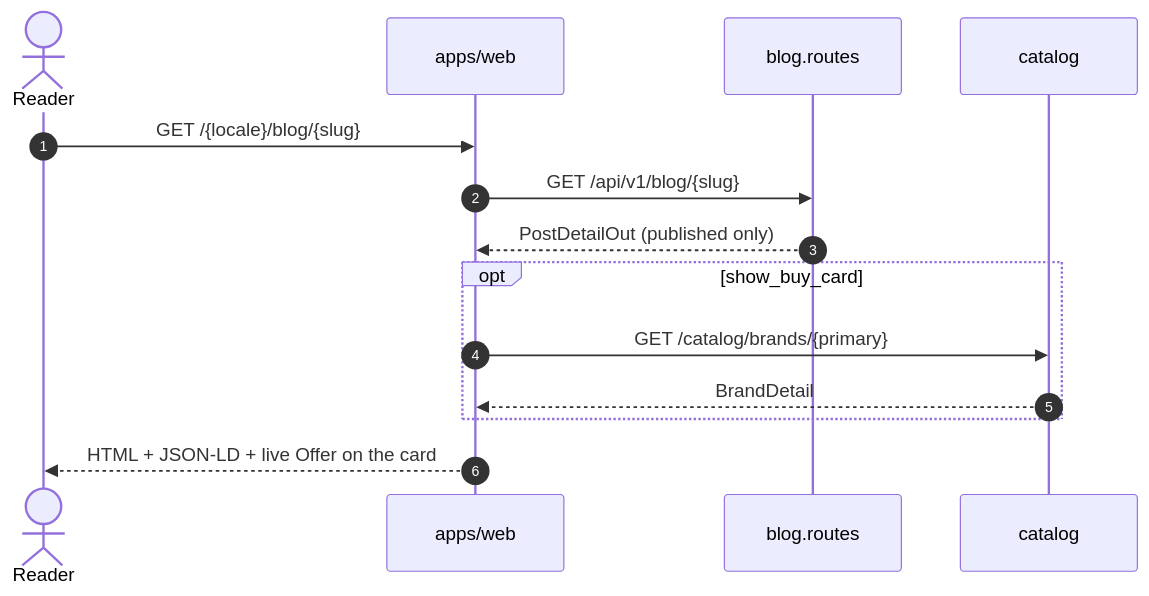
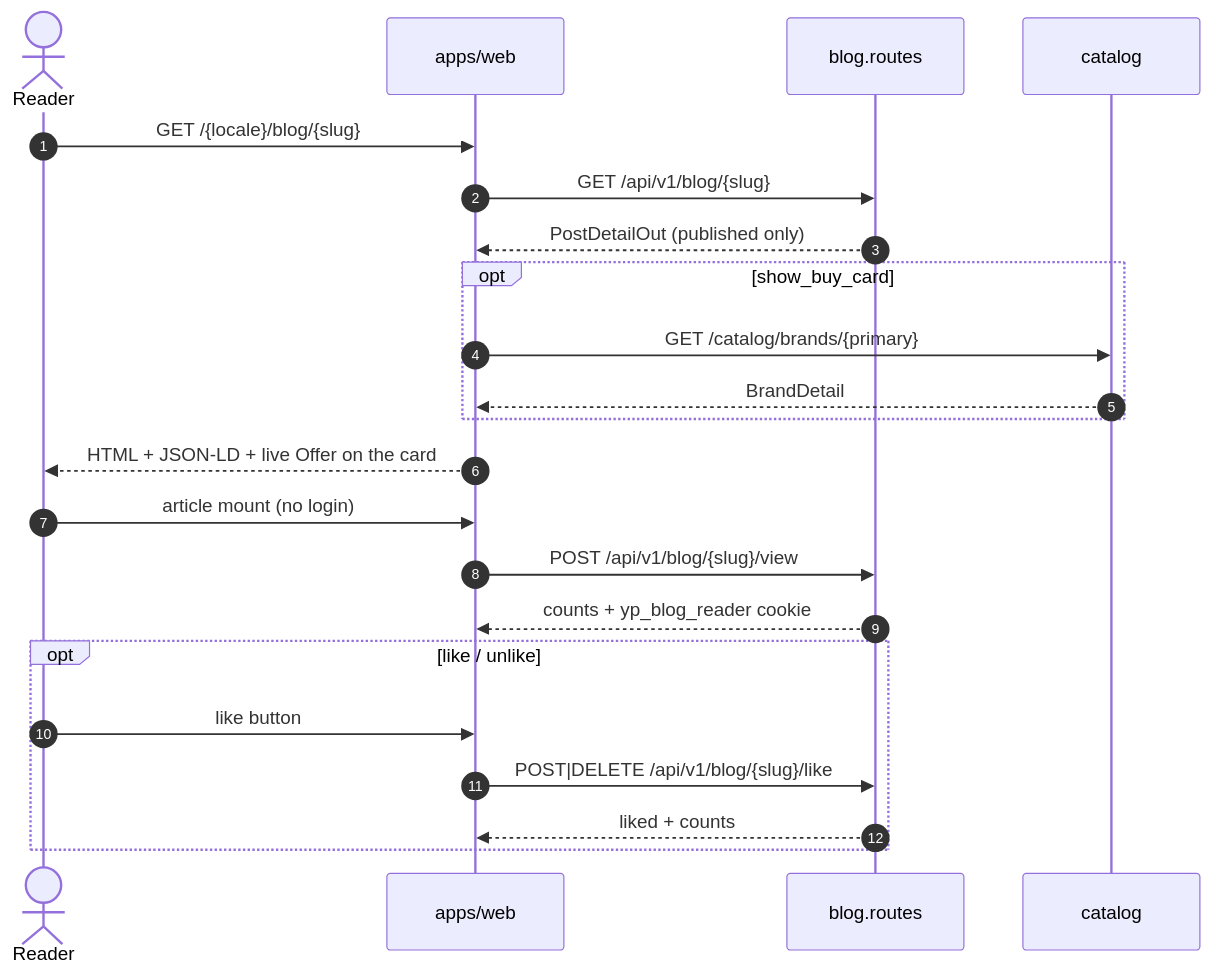
The diagram in docs/architecture/sequence-diagrams/blog-read.mmd (jamaomonov/yupay), drawn with Mermaid before and after one commit. The commit also changed 31 other files, not shown here.

First line of the commit message:
feat(blog): let guests like and share posts without signing in

```diff
--- a/docs/architecture/sequence-diagrams/blog-read.mmd
+++ b/docs/architecture/sequence-diagrams/blog-read.mmd
@@ -1,15 +1,23 @@
 sequenceDiagram
     autonumber
     actor Reader
     participant Web as apps/web
     participant Blog as blog.routes
     participant Catalog as catalog
 
     Reader->>Web: GET /{locale}/blog/{slug}
     Web->>Blog: GET /api/v1/blog/{slug}
     Blog-->>Web: PostDetailOut (published only)
     opt show_buy_card
         Web->>Catalog: GET /catalog/brands/{primary}
         Catalog-->>Web: BrandDetail
     end
     Web-->>Reader: HTML + JSON-LD + live Offer on the card
+    Reader->>Web: article mount (no login)
+    Web->>Blog: POST /api/v1/blog/{slug}/view
+    Blog-->>Web: counts + yp_blog_reader cookie
+    opt like / unlike
+        Reader->>Web: like button
+        Web->>Blog: POST|DELETE /api/v1/blog/{slug}/like
+        Blog-->>Web: liked + counts
+    end
```
